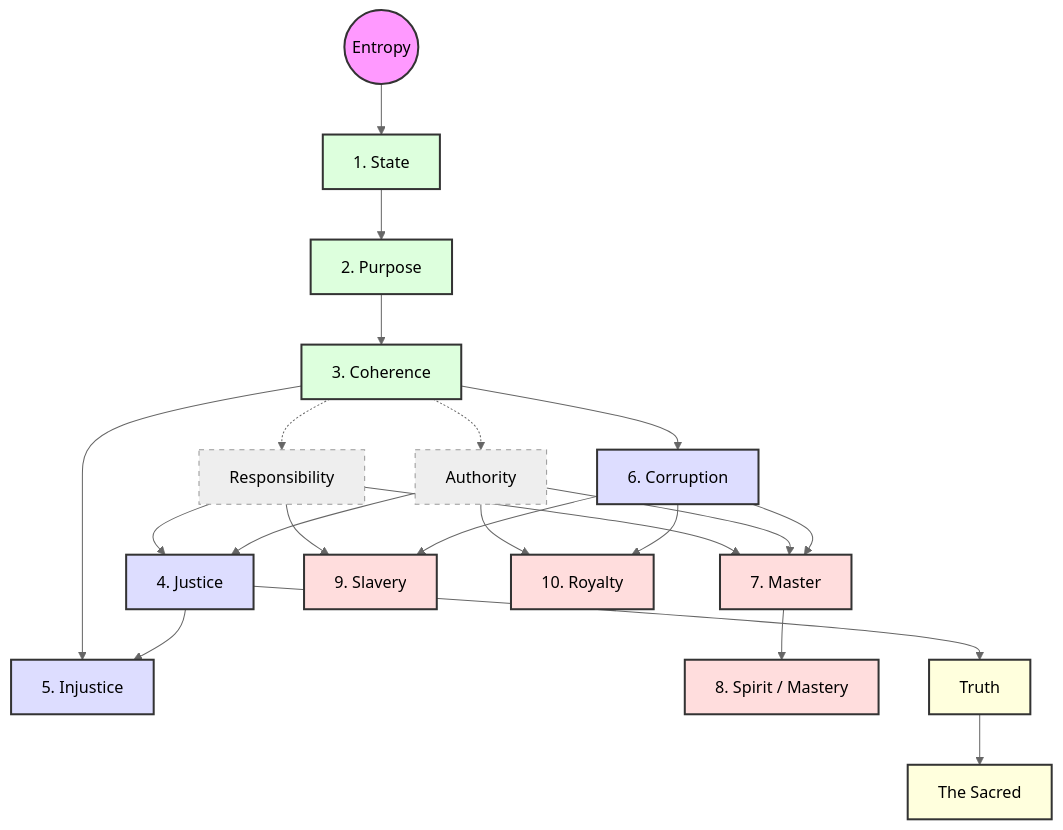
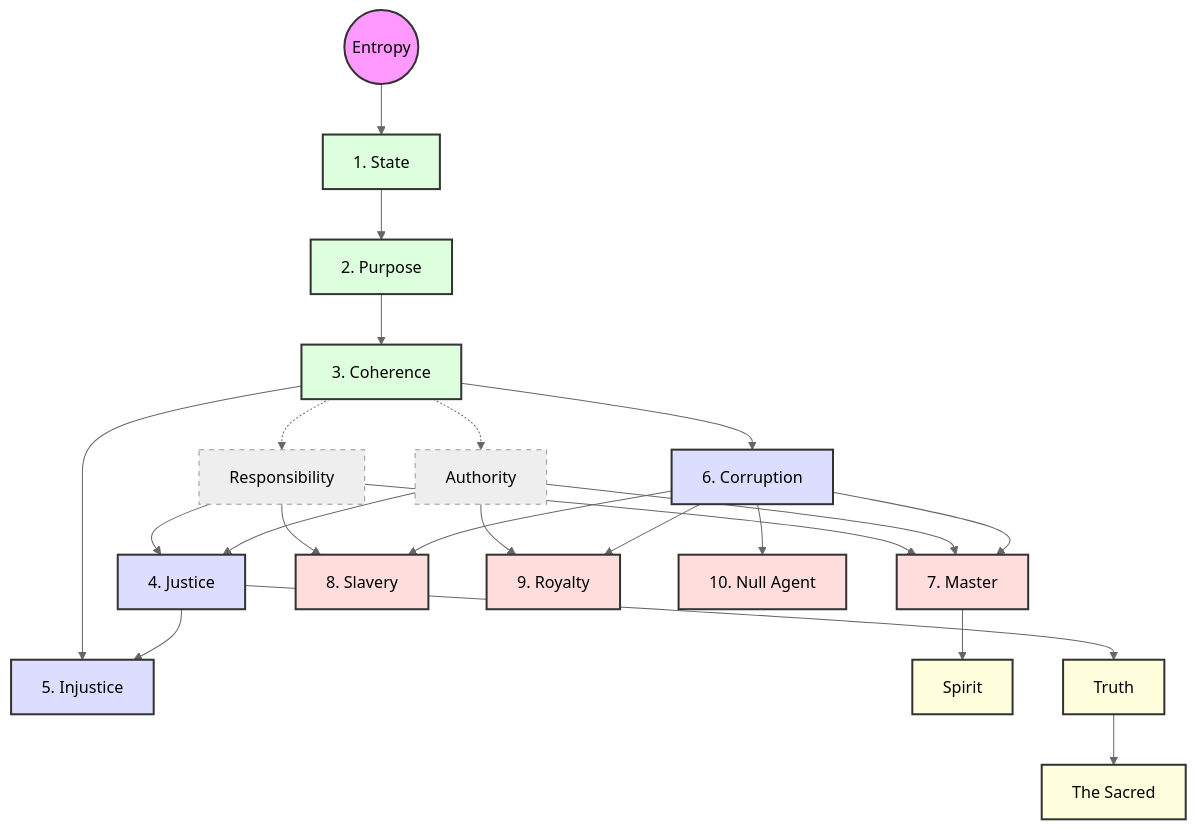
Before and after one commit to nrdxp/nrd.sh: the diagram in docs/models/axiosophy.md, drawn with Mermaid (neutral theme). The commit also changed other lines of this file and 1 other file, not shown here.

````diff
--- a/docs/models/axiosophy.md
+++ b/docs/models/axiosophy.md
@@ -55,49 +57,50 @@
 ```mermaid
 graph TD
     %% Core Spine
     E((Entropy)) --> S["1. State"]
     S --> P["2. Purpose"]
     P --> C["3. Coherence"]
     
     %% Responsibility and Authority emerge from def 3
     C -.-> R1["Responsibility"]
     C -.-> A1["Authority"]
     
     %% The Triad
     R1 --> J["4. Justice"]
     A1 --> J
     C --> I["5. Injustice"]
     J --> I
     C --> K["6. Corruption"]
     
     %% The Quadrad Actors
     R1 --> M["7. Master"]
     A1 --> M
     K --> M
     
-    M --> Sp["8. Spirit / Mastery"]
-    
-    R1 --> Sl["9. Slavery"]
+    R1 --> Sl["8. Slavery"]
     K --> Sl
     
-    A1 --> Ro["10. Royalty"]
+    A1 --> Ro["9. Royalty"]
     K --> Ro
     
+    K --> N["10. Null Agent"]
+    
     %% Derived meta-concepts
+    M --> Sp["Spirit"]
     J --> T["Truth"]
     T --> Sc["The Sacred"]
     
     classDef axiom fill:#f9f,stroke:#333,stroke-width:2px
     classDef spine fill:#dfd,stroke:#333,stroke-width:2px
     classDef triad fill:#ddf,stroke:#333,stroke-width:2px
     classDef derived fill:#eee,stroke:#999,stroke-width:1px,stroke-dasharray: 5 5
     classDef actors fill:#fdd,stroke:#333,stroke-width:2px
     classDef meta fill:#ffd,stroke:#333,stroke-width:2px
     
     class E axiom
     class S,P,C spine
     class J,I,K triad
-    class M,Sp,Sl,Ro actors
+    class M,Sl,Ro,N actors
     class R1,A1 derived
-    class T,Sc meta
+    class Sp,T,Sc meta
 ```
````
